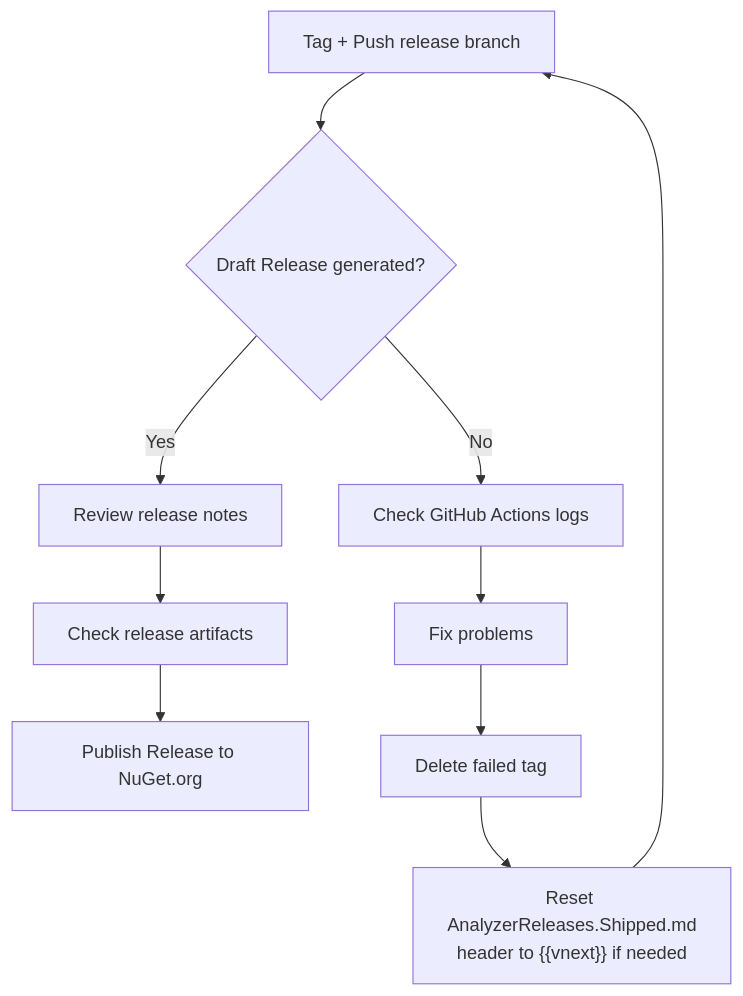
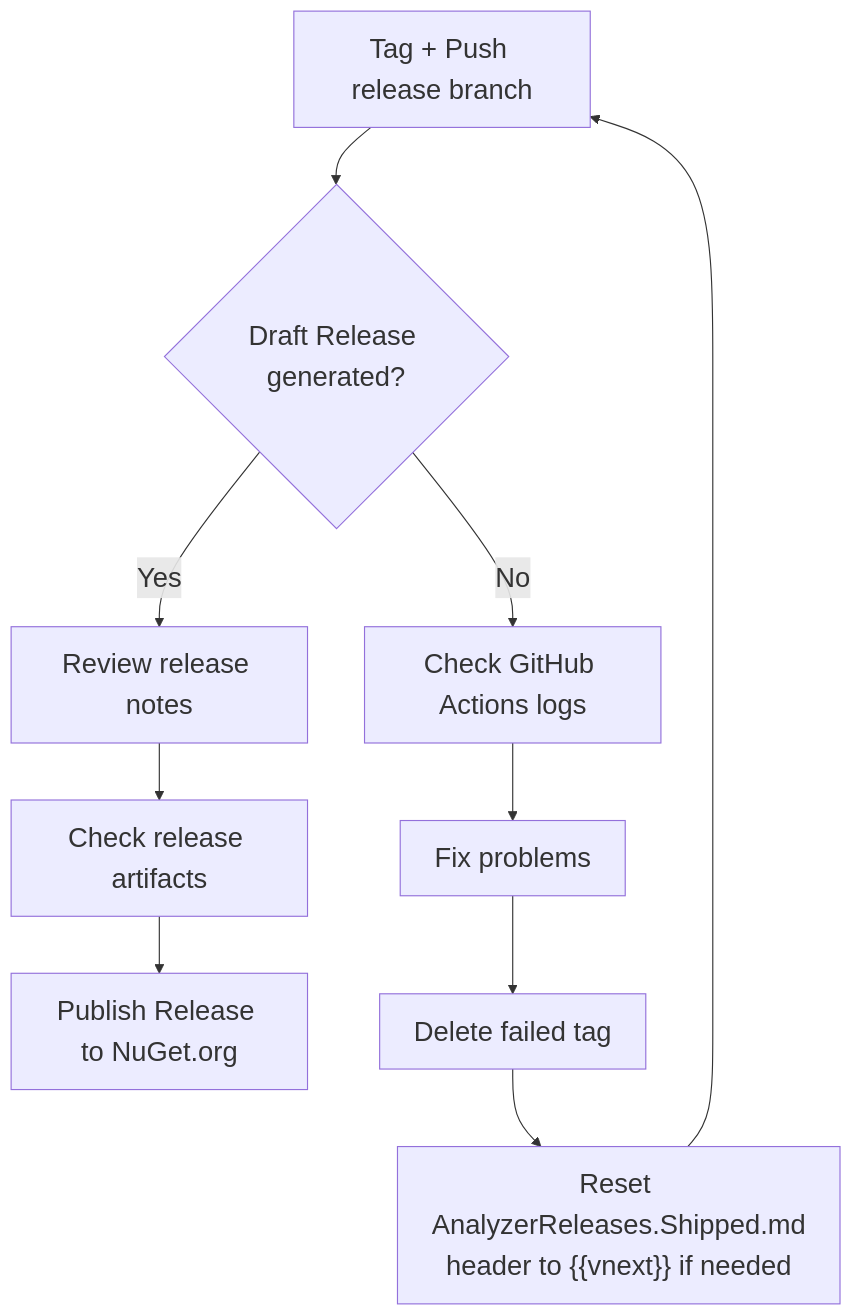
Before and after one commit to apache/lucenenet-codeanalysis-dev: the diagram in docs/images/release-build-outcomes.md, drawn with Mermaid.

Commit message:
release-build-outcomes.md: Updated Mermaid markup to reflect the same state as the release-build-outcomes.svg file.

````diff
--- a/docs/images/release-build-outcomes.md
+++ b/docs/images/release-build-outcomes.md
@@ -4,13 +4,13 @@
 ```mermaid
+%%{ init: { "themeVariables": { "fontSize": "24px" } } }%%
 flowchart TD
-    A[Tag + Push release branch] --> B{Draft Release generated?}
-    B -- Yes --> C[Review release notes]
-    C --> D[Check release artifacts]
-    D --> E[Publish Release to NuGet.org]
-
-    B -- No --> F[Check GitHub Actions logs]
-    F --> G[Fix problems]
-    G --> H[Delete failed tag]
-    H --> I["Reset AnalyzerReleases.Shipped.md<br/>header to {{vnext}} if needed"]
+    A["Tag + Push release branch"] --> B{"Draft Release generated?"}
+    B -- Yes --> C["Review release notes"]
+    C --> D["Check release artifacts"]
+    D --> E["Publish Release to NuGet.org"]
+    B -- No --> F["Check GitHub Actions logs"]
+    F --> G["Fix problems"]
+    G --> H["Delete failed tag"]
+    H --> I["Reset AnalyzerReleases.Shipped.md<br>header to {{vnext}} if needed"]
     I --> A
 ```
````
